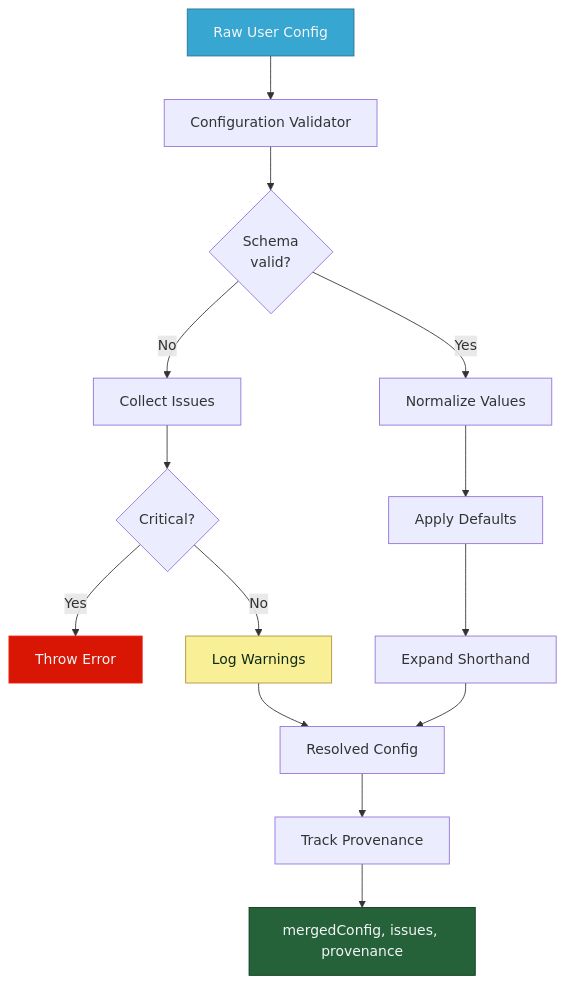
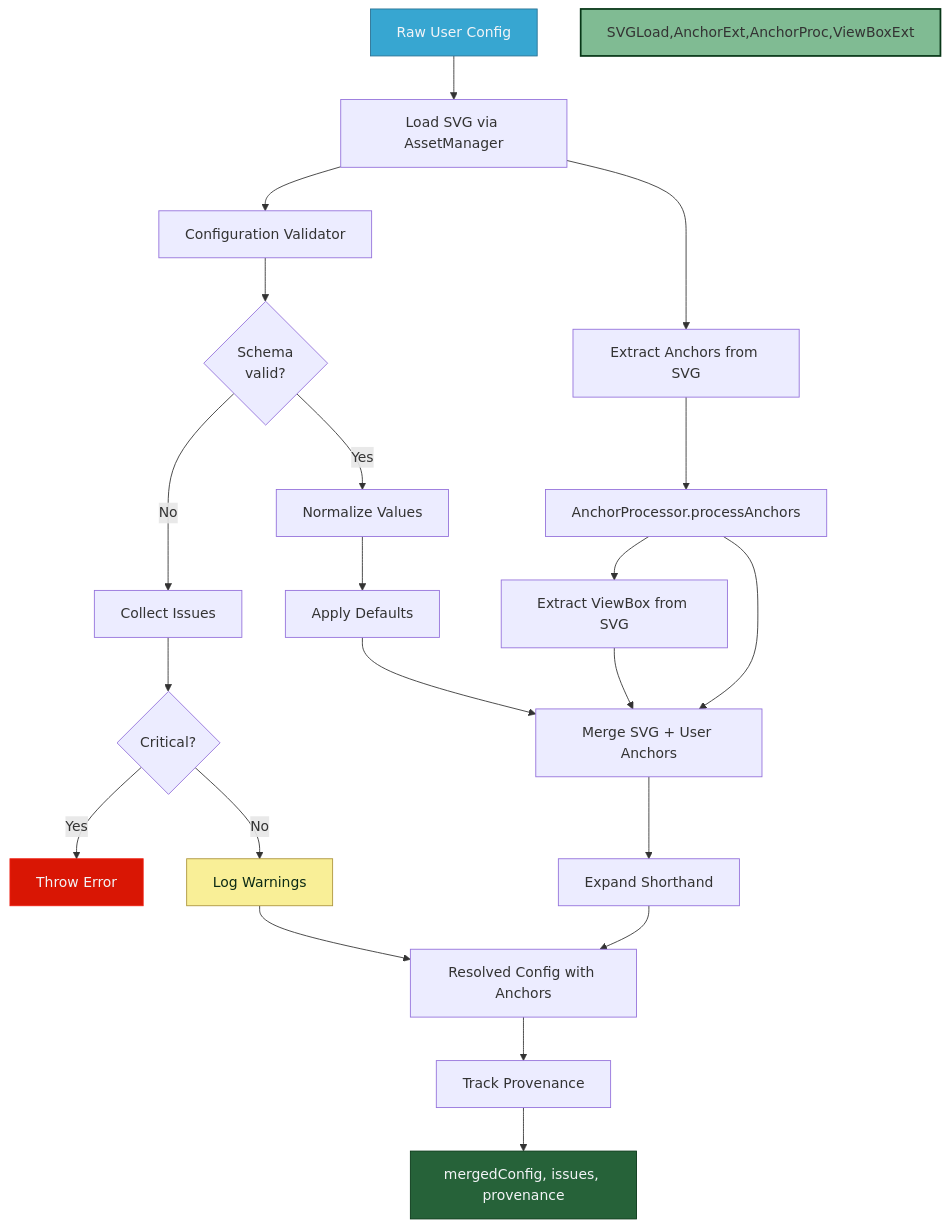
The fourth of 8 diagrams in doc/architecture/diagrams/msd-flow-part-1.md (snootched/lcards), drawn with Mermaid before and after one commit. The commit also changed other lines of this file and 1 other file, not shown here.

Commit message:
docs: Update MSD flow part 1 with AssetManager, PackManager, and anchor processing

````diff
--- a/doc/architecture/diagrams/msd-flow-part-1.md
+++ b/doc/architecture/diagrams/msd-flow-part-1.md
@@ -317,25 +330,35 @@
 ```mermaid
 graph TD
-    Raw[Raw User Config] --> Validator[Configuration Validator]
-
+    Raw[Raw User Config] --> SVGLoad[Load SVG via AssetManager]
+    SVGLoad --> Validator[Configuration Validator]
+    
+    SVGLoad --> AnchorExt[Extract Anchors from SVG]
+    AnchorExt --> AnchorProc[AnchorProcessor.processAnchors]
+    AnchorProc --> ViewBoxExt[Extract ViewBox from SVG]
+    
     Validator --> Schema{Schema<br/>valid?}
     Schema -->|No| Issues[Collect Issues]
     Schema -->|Yes| Normalize[Normalize Values]
-
+    
     Issues --> Severity{Critical?}
     Severity -->|Yes| Throw[Throw Error]
     Severity -->|No| Warn[Log Warnings]
-
+    
     Normalize --> Defaults[Apply Defaults]
-    Defaults --> Expand[Expand Shorthand]
-    Expand --> Resolved[Resolved Config]
-
+    Defaults --> MergeAnchors[Merge SVG + User Anchors]
+    AnchorProc --> MergeAnchors
+    ViewBoxExt --> MergeAnchors
+    
+    MergeAnchors --> Expand[Expand Shorthand]
+    Expand --> Resolved[Resolved Config with Anchors]
+    
     Warn --> Resolved
     Resolved --> Provenance[Track Provenance]
     Provenance --> Output["mergedConfig, issues, provenance"]
-
+    
     style Raw fill:#37a6d1,stroke:#2a7193,color:#f3f4f7
     style Throw fill:#d91604,stroke:#ef1d10,color:#f3f4f7
     style Warn fill:#f9ef97,stroke:#ac943b,color:#0c2a15
     style Output fill:#266239,stroke:#083717,color:#f3f4f7
+    style SVGLoad,AnchorExt,AnchorProc,ViewBoxExt fill:#80bb93,stroke:#083717,stroke-width:2px
 ```
````
